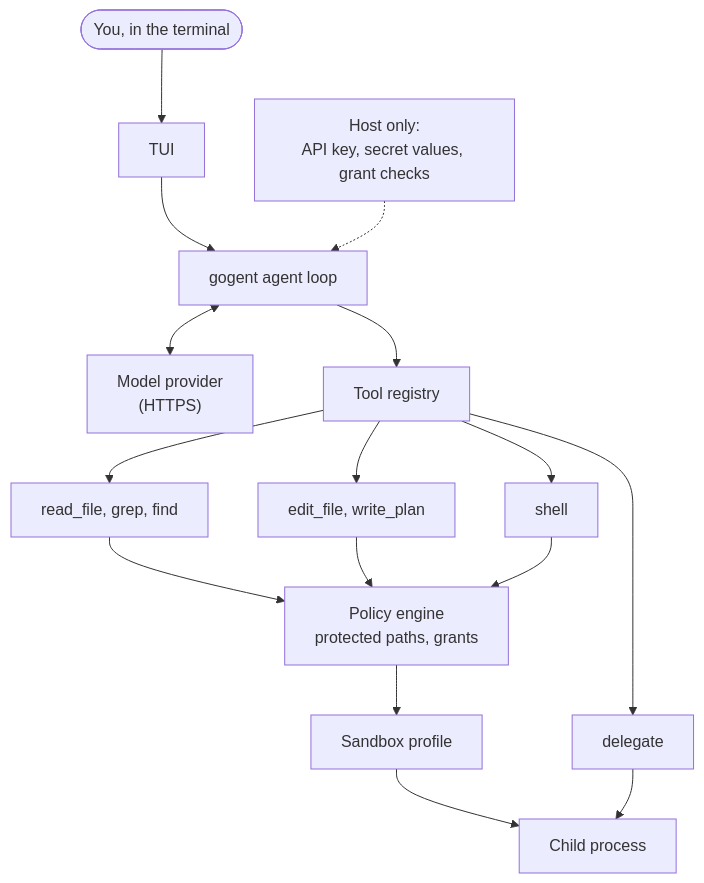
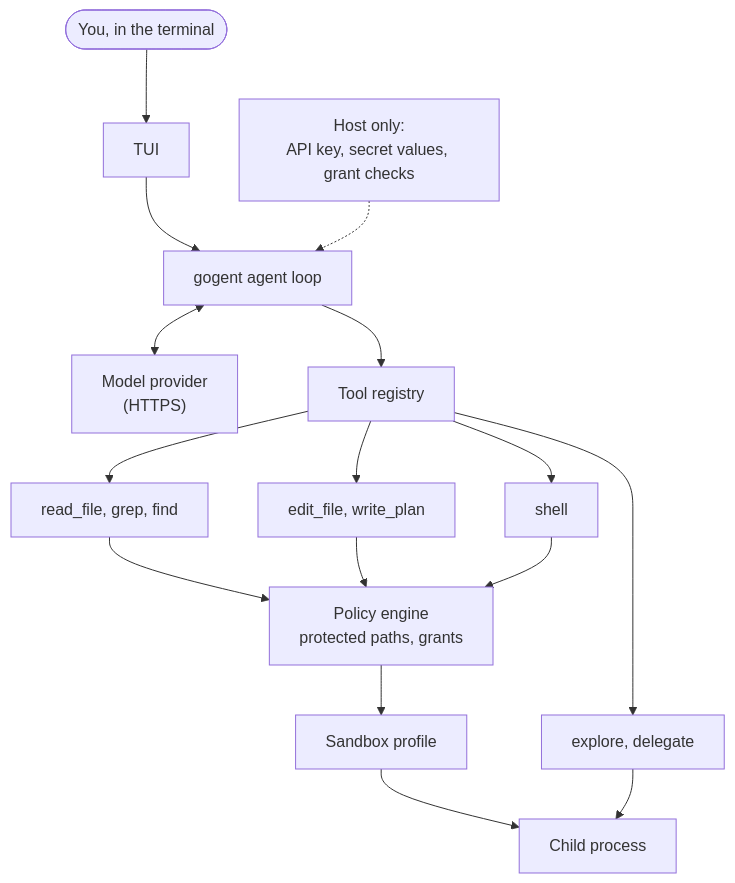
The first of 3 diagrams in docs/src/concepts/how-gopi-works.md (cgund98/gopi), drawn with Mermaid before and after one commit. The commit also changed other lines of this file and 29 other files, not shown here.

Commit message:
feat: support explore mode for delegate

````diff
--- a/docs/src/concepts/how-gopi-works.md
+++ b/docs/src/concepts/how-gopi-works.md
@@ -16,18 +16,18 @@
 ```mermaid
 flowchart TB
     User(["You, in the terminal"]) --> TUI["TUI"]
     TUI --> Agent["gogent agent loop"]
     Agent <--> Model["Model provider<br/>(HTTPS)"]
     Agent --> Registry["Tool registry"]
     Registry --> ReadTools["read_file, grep, find"]
     Registry --> WriteTools["edit_file, write_plan"]
     Registry --> ShellTool["shell"]
-    Registry --> DelegateTool["delegate"]
+    Registry --> DelegateTool["explore, delegate"]
     ReadTools --> Policy["Policy engine<br/>protected paths, grants"]
     WriteTools --> Policy
     ShellTool --> Policy
     Policy --> Sandbox["Sandbox profile"]
     Sandbox --> Child["Child process"]
     DelegateTool --> Child
     Host["Host only:<br/>API key, secret values, grant checks"] -.-> Agent
 ```
````
